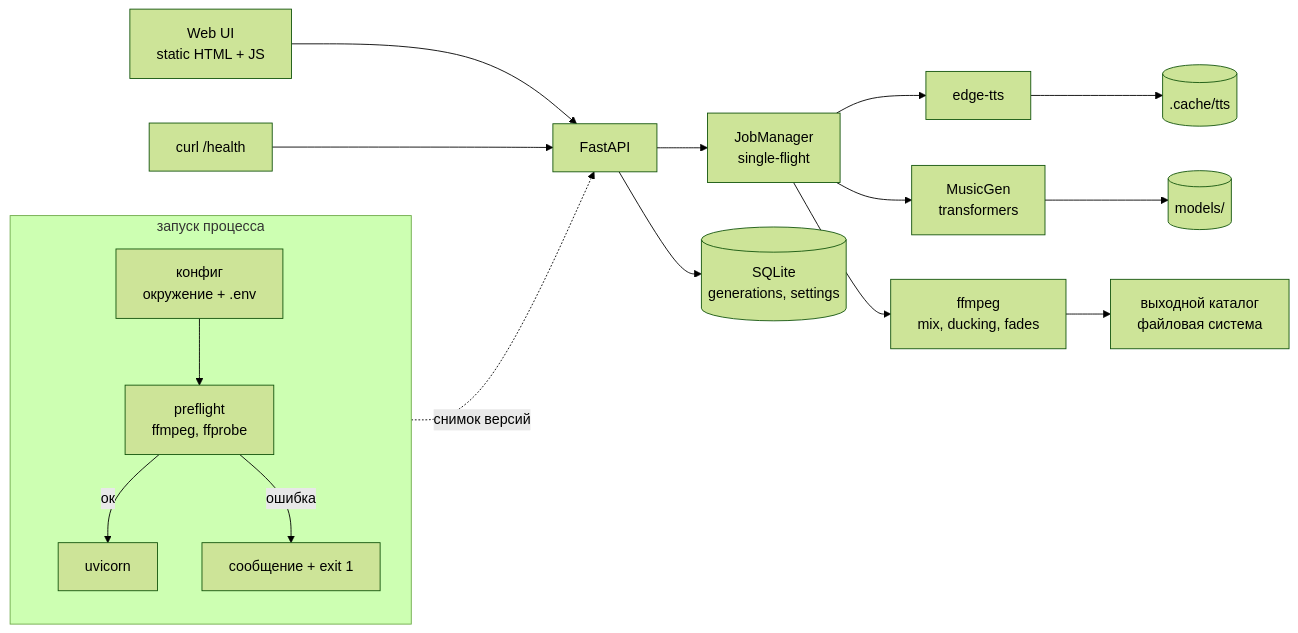
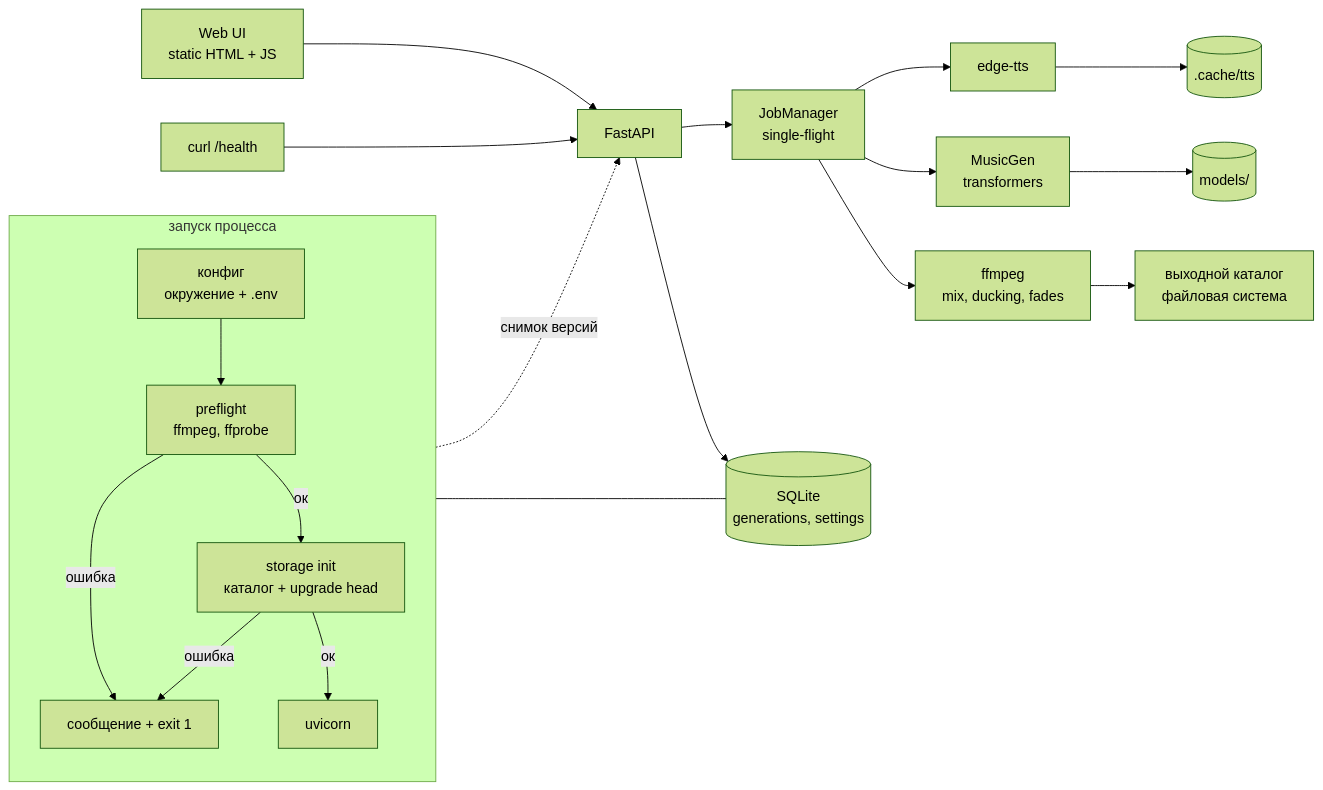
The first of 2 diagrams in docs/architecture.md (tuch-ka/muzifikator), drawn with Mermaid (forest theme) before and after one commit. The commit also changed other lines of this file and 20 other files, not shown here.

````diff
--- a/docs/architecture.md
+++ b/docs/architecture.md
@@ -8,20 +8,23 @@
 ```mermaid
 flowchart LR
     subgraph START["запуск процесса"]
         direction TB
         CFG["конфиг<br/>окружение + .env"] --> PF["preflight<br/>ffmpeg, ffprobe"]
-        PF -->|"ок"| APP["uvicorn"]
+        PF -->|"ок"| ST["storage init<br/>каталог + upgrade head"]
         PF -->|"ошибка"| EXIT["сообщение + exit 1"]
+        ST -->|"ок"| APP["uvicorn"]
+        ST -->|"ошибка"| EXIT
     end
     UI["Web UI<br/>static HTML + JS"] --> API["FastAPI"]
     OPS["curl /health"] --> API
     API --> JOB["JobManager<br/>single-flight"]
     JOB --> TTS["edge-tts"]
     JOB --> MUS["MusicGen<br/>transformers"]
     JOB --> MIX["ffmpeg<br/>mix, ducking, fades"]
     MIX --> OUT["выходной каталог<br/>файловая система"]
     API --> DB[("SQLite<br/>generations, settings")]
+    ST --- DB
     MUS --> MODELS[("models/")]
     TTS --> CACHE[(".cache/tts")]
     PF -.->|"снимок версий"| API
 ```
````
